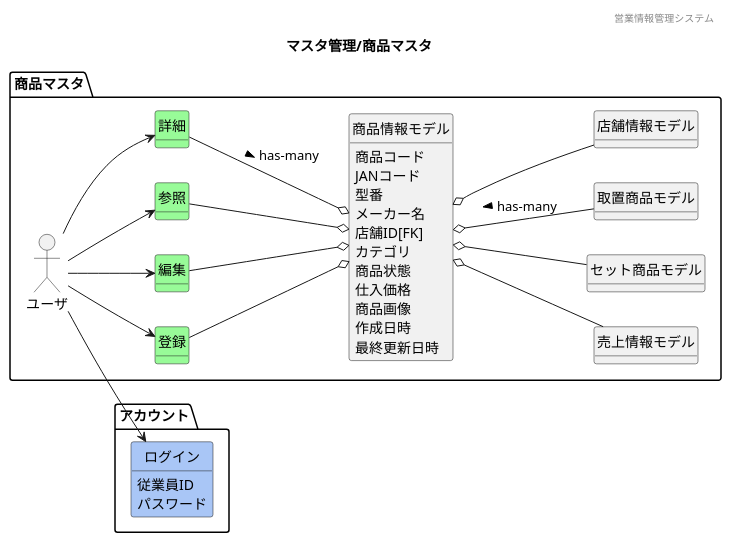
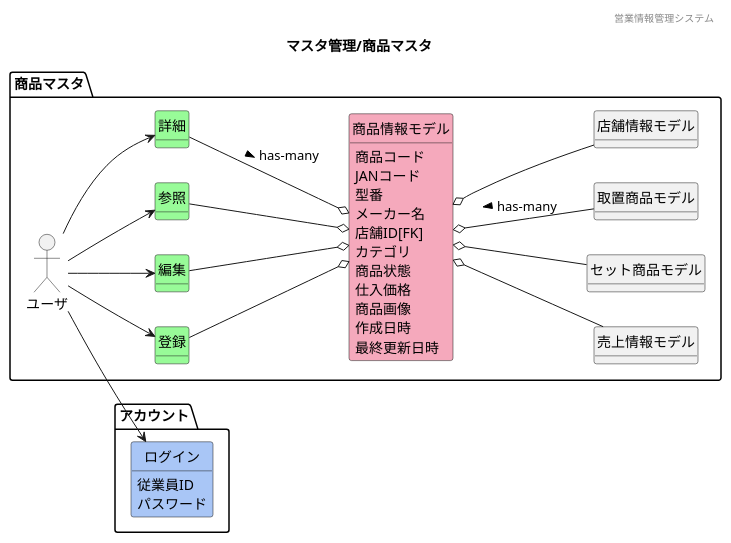
Before and after one commit to HaruShim/Sotuken: the diagram in 各種設計書/1ドメインモデル図/マスタ管理/F03商品マスタ.plantuml, drawn with PlantUML.

```diff
--- a/各種設計書/1ドメインモデル図/マスタ管理/F03商品マスタ.plantuml
+++ b/各種設計書/1ドメインモデル図/マスタ管理/F03商品マスタ.plantuml
@@ -1,71 +1,66 @@
 @startuml images/マスタ管理/商品マスタ
 ' ヘッダー
 header 営業情報管理システム
 ' タイトル
 title マスタ管理/商品マスタ
 ' 
 hide circle
 ' 
 hide method
 left to right direction
 
 package "アカウント"{
     class "ログイン" #A9C6F6
 
 }
 
 package "商品マスタ" {
     'ユーザや外部システム
     mix_actor "ユーザ"
     class "登録" #98fb98
     class "編集" #98fb98
     class "参照" #98fb98
     class "詳細" #98fb98
     ' メインのモデルは赤
-    ' class "商品情報モデル" #F5A9BC
-    ' package "ベンチマークマスタ"{
-    '     class "GPUベンチマークモデル"
-    '     class "CPUベンチマークモデル"
-    ' }
-    class "商品情報モデル"
+    class "商品情報モデル" #F5A9BC
     class "売上情報モデル" 
     class "セット商品モデル"
     class "取置商品モデル"
     class "店舗情報モデル"
 
     'モデル同士の関係
     ユーザ --> 参照
     ユーザ --> 登録
     ユーザ --> 編集
     ユーザ --> 詳細
     ユーザ --> ログイン
     参照 --o 商品情報モデル
     登録 --o 商品情報モデル 
     編集 --o 商品情報モデル 
     詳細 --o 商品情報モデル : > has-many
     商品情報モデル o-- 売上情報モデル
     商品情報モデル o-- 取置商品モデル : < has-many
 
     商品情報モデル o-- セット商品モデル
     商品情報モデル o-- 店舗情報モデル
     'ドメインクラスの属性
     ログイン : 従業員ID
 
     ログイン : パスワード
     商品情報モデル : 商品コード
     商品情報モデル : JANコード
     商品情報モデル : 型番
     商品情報モデル : メーカー名
     商品情報モデル : 店舗ID[FK]
     商品情報モデル : カテゴリ
     商品情報モデル : 商品状態    
     商品情報モデル : 仕入価格
     商品情報モデル : 商品画像
     商品情報モデル : 作成日時
     商品情報モデル : 最終更新日時
 }
 
 
 
 
 @enduml
```
